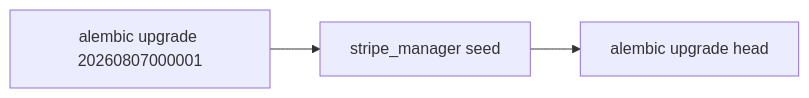
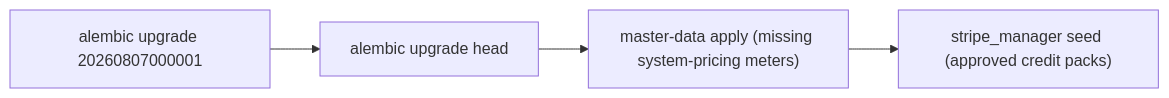
The diagram in docs/05_operations/staging_environment.md (gauravdhiman/a1-voice-agent-platform), drawn with Mermaid before and after one commit. The commit also changed other lines of this file and 177 other files, not shown here.

````diff
--- a/docs/05_operations/staging_environment.md
+++ b/docs/05_operations/staging_environment.md
@@ -139,5 +140,6 @@
 ```mermaid
 flowchart LR
-  A["alembic upgrade 20260807000001"] --> B["stripe_manager seed"]
-  B --> C["alembic upgrade head"]
+  A["alembic upgrade 20260807000001"] --> B["alembic upgrade head"]
+  B --> C["master-data apply (missing system-pricing meters)"]
+  C --> D["stripe_manager seed (approved credit packs)"]
 ```
````
